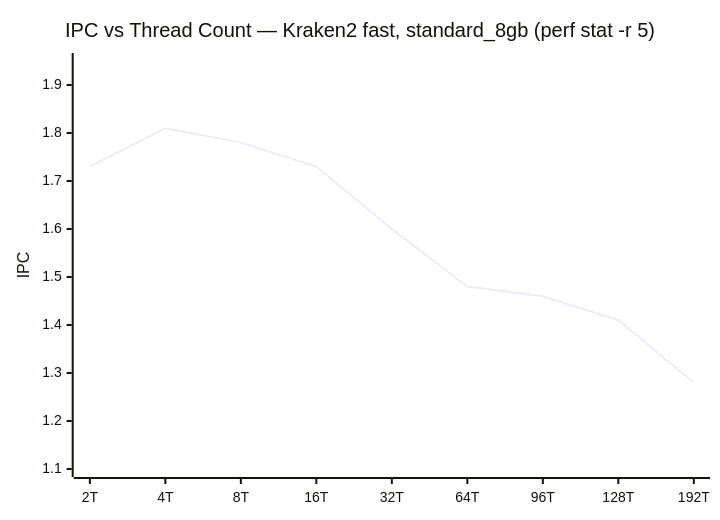
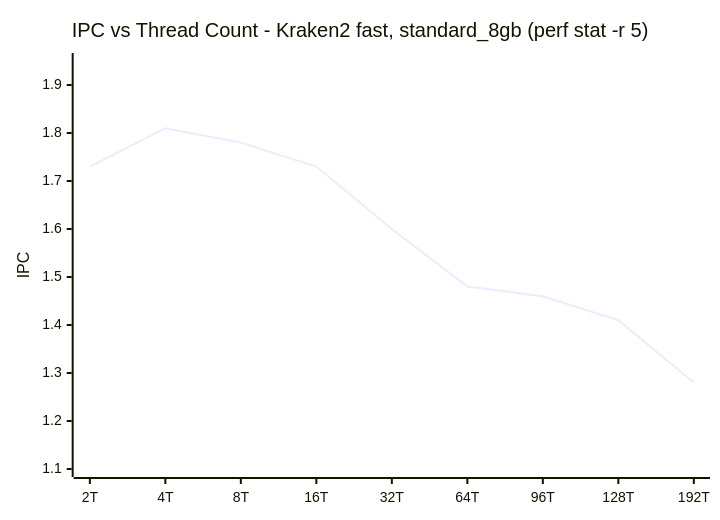
Before and after one commit to KathpaliaChirag/Nanopore-project: the tenth of 26 diagrams in README.md, drawn with Mermaid. The commit also changed other lines of this file and 4 other files, not shown here.

````diff
--- a/README.md
+++ b/README.md
@@ -418,7 +453,7 @@
 ```mermaid
 xychart-beta
-    title "IPC vs Thread Count — Kraken2 fast, standard_8gb (perf stat -r 5)"
+    title "IPC vs Thread Count - Kraken2 fast, standard_8gb (perf stat -r 5)"
     x-axis ["2T", "4T", "8T", "16T", "32T", "64T", "96T", "128T", "192T"]
     y-axis "IPC" 1.1 --> 1.95
     line [1.73, 1.81, 1.78, 1.73, 1.60, 1.48, 1.46, 1.41, 1.28]
 ```
````
